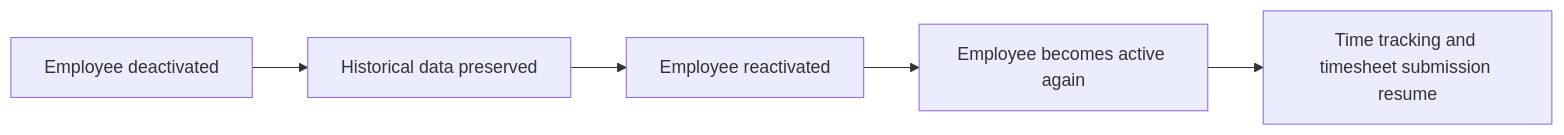
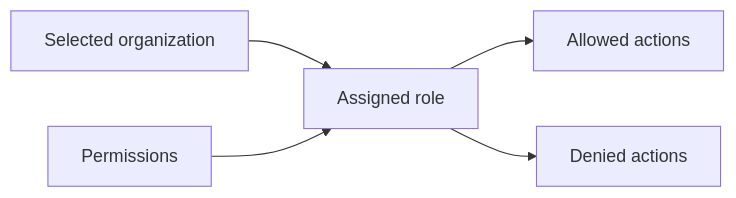
The third of 8 diagrams in openai/gpt-5.4-mini/erp/docs/analysis/05-non-functional.md (wrtnlabs/autobe-examples), drawn with Mermaid before and after one commit. The commit also changed other lines of this file and 9017 other files, not shown here.

````diff
--- a/openai/gpt-5.4-mini/erp/docs/analysis/05-non-functional.md
+++ b/openai/gpt-5.4-mini/erp/docs/analysis/05-non-functional.md
@@ -96,7 +71,7 @@
 ```mermaid
 flowchart LR
-    A["Employee deactivated"] --> B["Historical data preserved"]
-    B --> C["Employee reactivated"]
-    C --> D["Employee becomes active again"]
-    D --> E["Time tracking and timesheet submission resume"]
+    A["Selected organization"] --> B["Assigned role"]
+    B --> C["Allowed actions"]
+    B --> D["Denied actions"]
+    E["Permissions"] --> B
 ```
````
